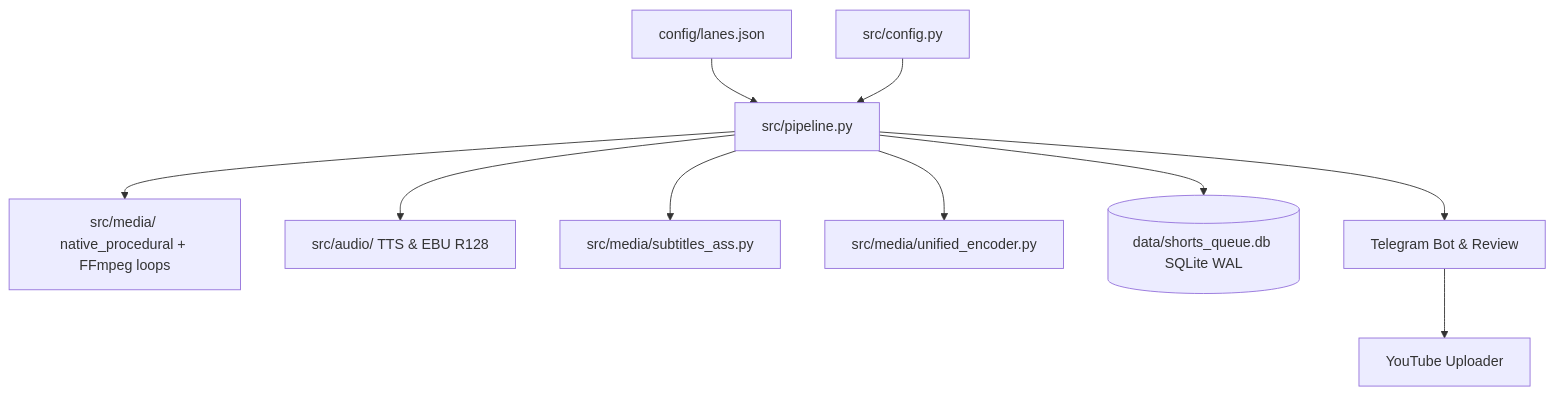
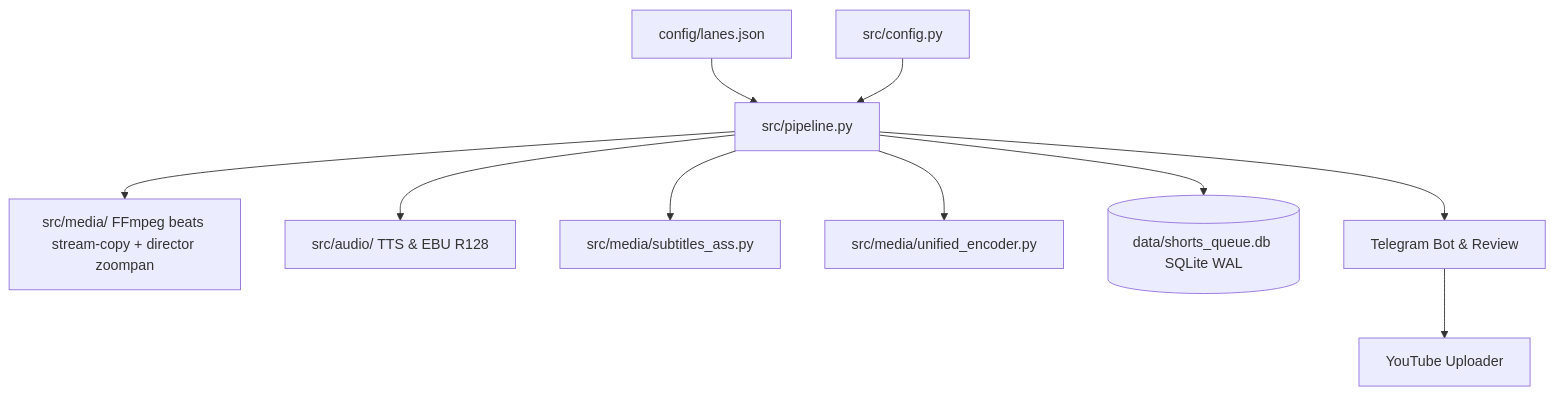
The diagram in docs/ARQUITECTURA.md (soyaelithia-ui/yt-auto), drawn with Mermaid before and after one commit. The commit also changed other lines of this file and 7 other files, not shown here.

First line of the commit message:
docs(ssot): align beats/director claims with Teología v2.4.0

````diff
--- a/docs/ARQUITECTURA.md
+++ b/docs/ARQUITECTURA.md
@@ -12,12 +12,12 @@
 ```mermaid
 graph TD
     Lanes[config/lanes.json] --> Pipe[src/pipeline.py]
     Config[src/config.py] --> Pipe
-    Pipe --> Media[src/media/ native_procedural + FFmpeg loops]
+    Pipe --> Media[src/media/ FFmpeg beats stream-copy + director zoompan]
     Pipe --> Audio[src/audio/ TTS & EBU R128]
     Pipe --> Subs[src/media/subtitles_ass.py]
     Pipe --> Encoder[src/media/unified_encoder.py]
     Pipe --> DB[(data/shorts_queue.db SQLite WAL)]
     Pipe --> Review[Telegram Bot & Review]
     Review --> YouTube[YouTube Uploader]
 ```
````
